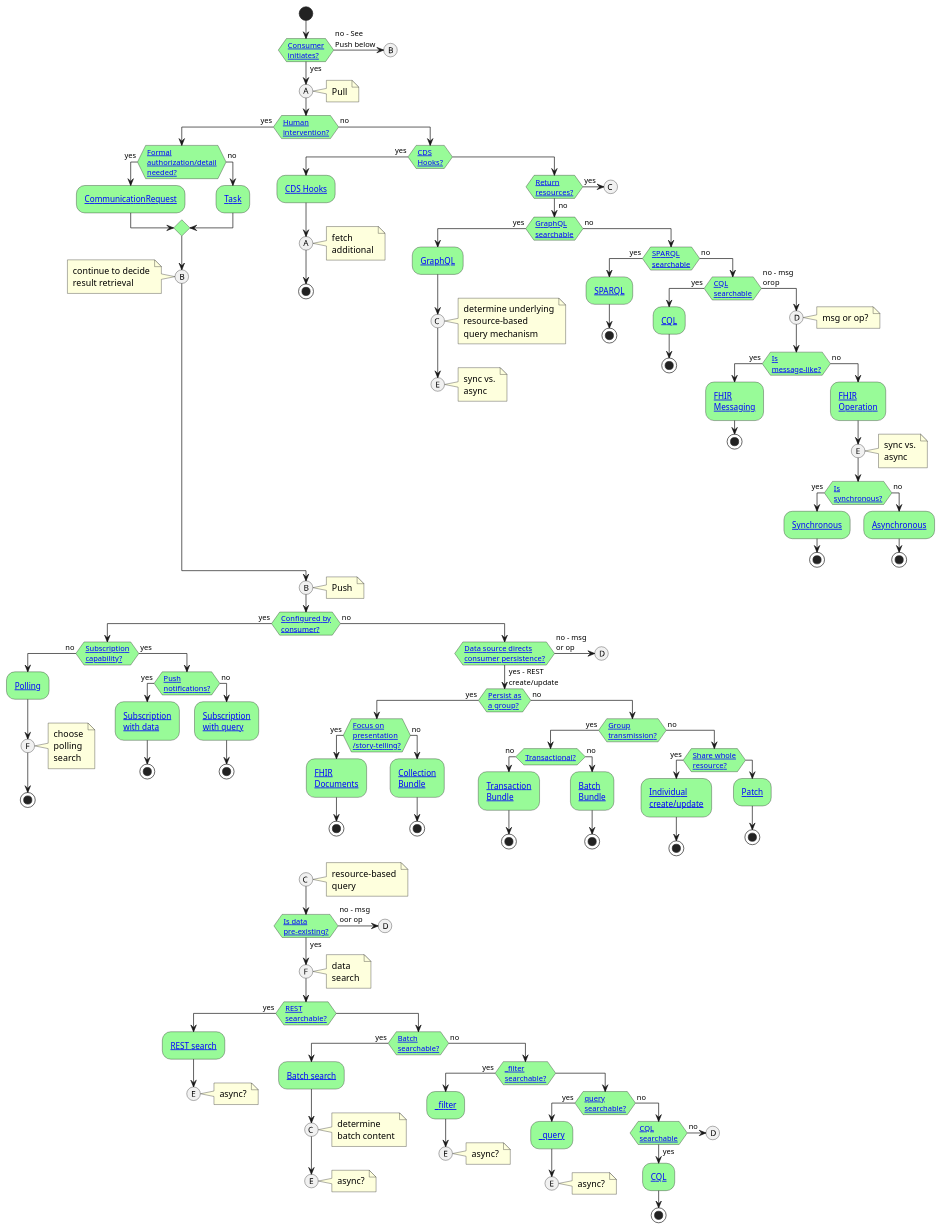
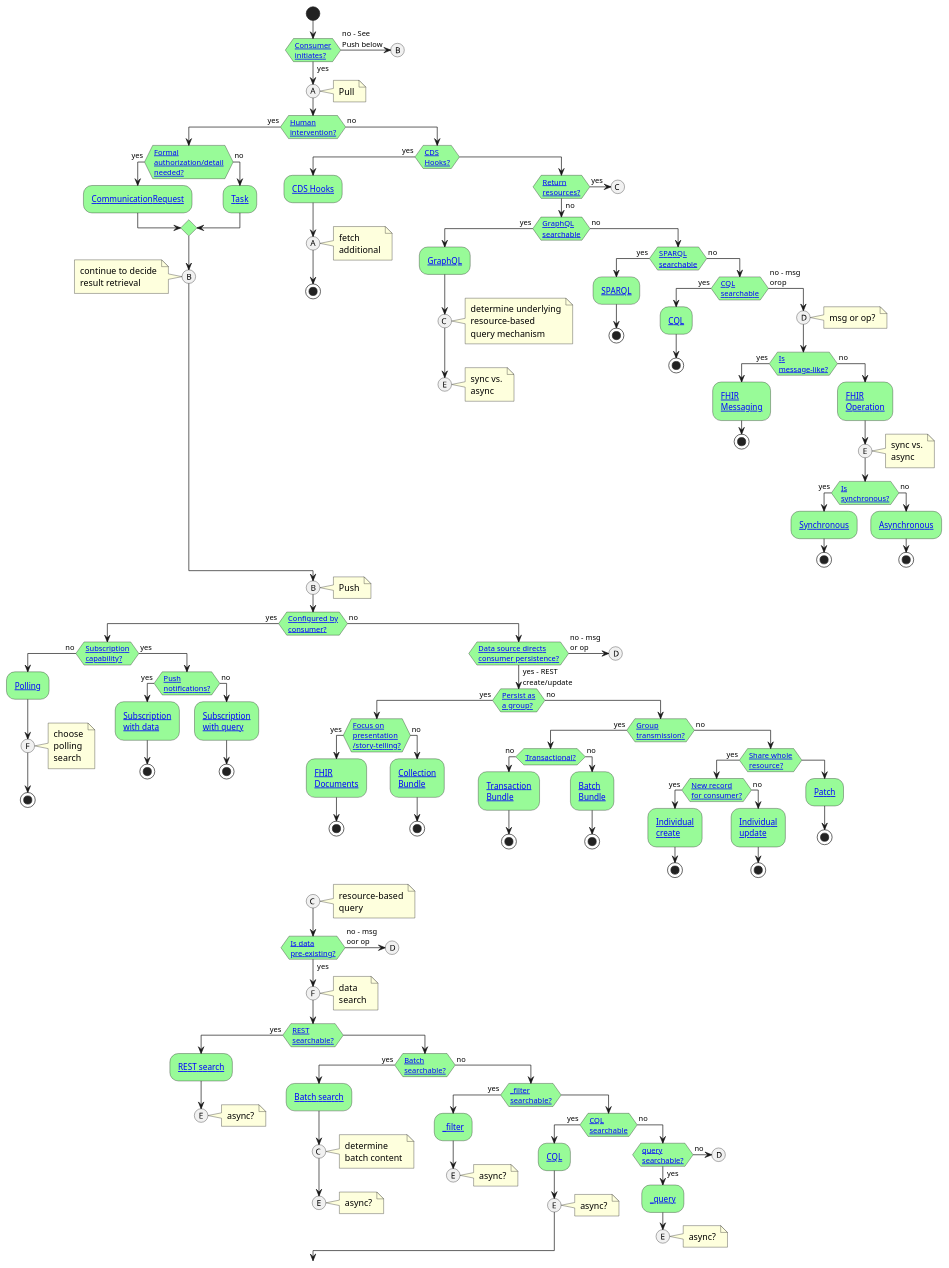
Before and after one commit to HL7/davinci-ehrx: the diagram in input/images-source/fhir-exchanges.plantuml, drawn with PlantUML. The commit also changed 12 other files, not shown here.

Commit message:
Diagram corrections, added task diagram

```diff
--- a/input/images-source/fhir-exchanges.plantuml
+++ b/input/images-source/fhir-exchanges.plantuml
@@ -1,169 +1,175 @@
 @startuml
 skinparam padding 2
 skinparam activityBackgroundColor palegreen
 
 start
 if ([[#pull Consumer\ninitiates?]]) then (yes)
   (A)
   note right:Pull
   if ([[#human Human\nintervention?]]) then (yes)
     if ([[#formal Formal\nauthorization/detail\nneeded?]]) then (yes)
       :[[exchanging-request.html#request CommunicationRequest]];
     else (no)
       :[[exchanging-request.html#task Task]];
     endif
     (B)
     note
       continue to decide
       result retrieval
     end note
   else (no)
     if ([[#hooks CDS\nHooks?]]) then (yes)
       :[[https://cds-hooks.hl7.org CDS Hooks]];
 	  (A)
 	  note right:fetch\nadditional
 	  stop
     else
       if ([[#resources Return\nresources?]]) then (yes)
         (C)
       else (no)
         if ([[#graphql GraphQL\nsearchable]]) then (yes)
           :[[exchanging-search.html#graphql GraphQL]];
           (C)
           note right:determine underlying\nresource-based\nquery mechanism
           (E)
           note right:sync vs.\nasync
           detach
         else (no)
           if ([[#sparql SPARQL\nsearchable]]) then (yes)
             :[[exchanging-search.html#sparql SPARQL]];
             stop
           else (no)
             if ([[#cql CQL\nsearchable]]) then (yes)
               :[[exchanging-search.html#cql CQL]];
               stop
 			else (no - msg\norop)
               (D)
               note right:msg or op?
               if ([[#message Is\nmessage-like?]]) then (yes)
                 :[[exchanging-messaging.html FHIR\nMessaging]];
                 stop
               else (no)
                 :[[exchanging-operation.html FHIR\nOperation]];
                 (E)
                 note right:sync vs.\nasync
                 if ([[#synchronous Is\nsynchronous?]]) then (yes)
                   :[[exchanging-search.html#sync Synchronous]];
                   stop
                 else (no)
                   :[[exchanging-search.html#async Asynchronous]];
                   stop
                 endif
               endif
             endif
           endif
         endif
       endif
     endif
   endif
 else (no - See\nPush below)
   (B)
 endif
 (B)
 note right:Push
   if ([[#configured Configured by\nconsumer?]]) then (yes)
     if ([[#subscription Subscription\ncapability?]]) then (no)
       :[[exchanging-polling.html Polling]];
 	  (F)
 	  note right:choose\npolling\nsearch
       stop
     else (yes)
       if ([[#subscription-push Push\nnotifications?]]) then (yes)
         :[[exchanging-subscription.html#push Subscription\nwith data]];
         stop
       else (no)
         :[[exchanging-subscription.html#pull Subscription\nwith query]];
         stop
       endif
     endif
   else (no)
     if ([[#source-persist Data source directs\nconsumer persistence?]]) then (yes - REST\ncreate/update)
       if ([[#group-store Persist as\na group?]]) then (yes)
         if ([[#story Focus on\npresentation\n/story-telling?]]) then (yes)
           :[[exchanging-rest.html#document FHIR\nDocuments]];
           stop
         else (no)
           :[[exchanging-rest.html#collection Collection\nBundle]];
           stop
         endif
       else (no)
         if ([[#group-transmit Group\ntransmission?]]) then (yes)
           if ([[#transaction Transactional?]]) then (no)
             :[[exchanging-rest.html#transaction Transaction\nBundle]];
             stop
           else (no)
             :[[exchanging-rest.html#batch Batch\nBundle]];
             stop
           endif
         else (no)
 		  if ([[#resources Share whole\nresource?]]) then (yes)
-            :[[exchanging-rest.html#rest Individual\ncreate/update]];
-            stop
+		    if ([[#rest New record\nfor consumer?]]) then (yes)
+              :[[exchanging-rest.html#create Individual\ncreate]];
+              stop
+			else (no)
+              :[[exchanging-rest.html#update Individual\nupdate]];
+              stop
+			endif
           else
             :[[exchanging-rest.html#patch Patch]];
             stop
           endif
         endif
       endif
     else (no - msg\nor op)
       (D)
       detach
     endif
   endif
 (C)
 note right:resource-based\nquery
   if ([[#pre-exists Is data\npre-existing?]]) then (yes)
     (F)
 	note right:data\nsearch
     if ([[#rest-search REST\nsearchable?]]) then (yes)
       :[[exchanging-search.html#search REST search]];
       (E)
       note right:async?
 	  detach
     else
       if ([[#search-batch Batch\nsearchable?]]) then (yes)
         :[[exchanging-search.html#batch Batch search]];
         (C)
         note right:determine\nbatch content
         (E)
         note right:async?
         detach
       else (no)
         if ([[#filter _filter\nsearchable?]]) then (yes)
           :[[exchanging-search.html#filter _filter]];
           (E)
           note right:async?
           detach
         else
-          if ([[#query query\nsearchable?]]) then (yes)
-            :[[exchanging-search.html#query _query]];
+          if ([[#cql CQL\nsearchable]]) then (yes)
+            :[[exchanging-search.html#cql CQL]];
             (E)
             note right:async?
-            detach
           else (no)
-            if ([[#cql CQL\nsearchable]]) then (yes)
-              :[[exchanging-search.html#cql CQL]];
-              stop
+            if ([[#query query\nsearchable?]]) then (yes)
+              :[[exchanging-search.html#query _query]];
+              (E)
+              note right:async?
+              detach
             else (no)
               (D)
               detach
             endif
           endif
         endif
       endif
     endif
   else (no - msg\noor op)
     (D)
   endif
   
 @enduml
```
